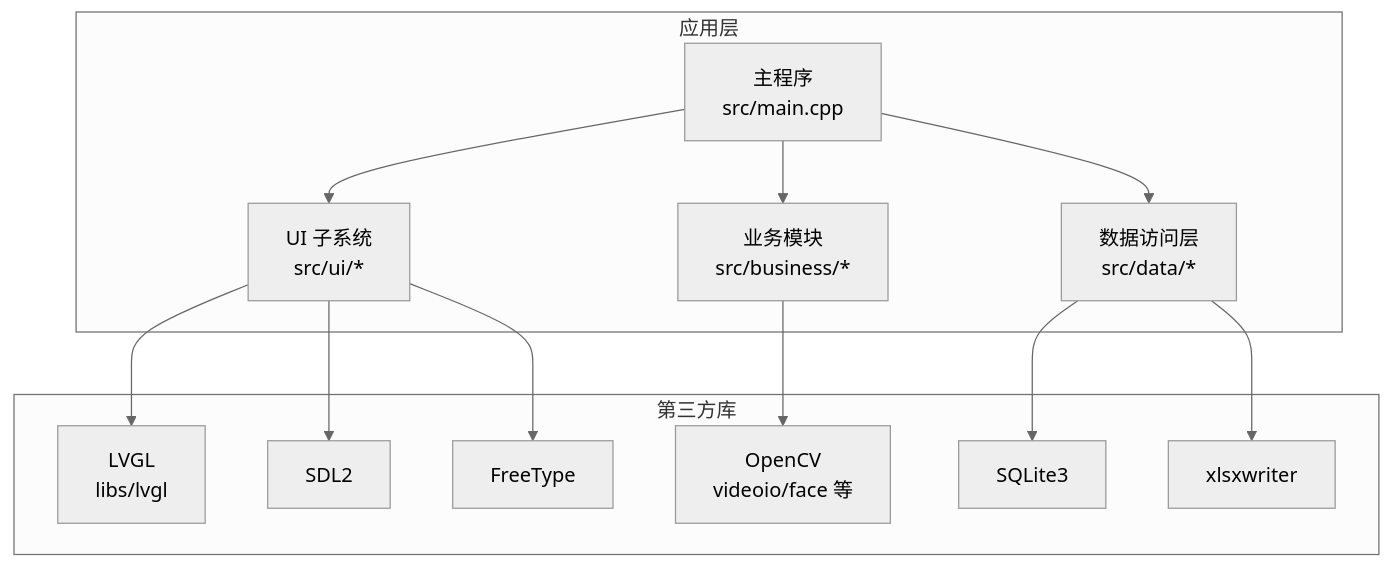
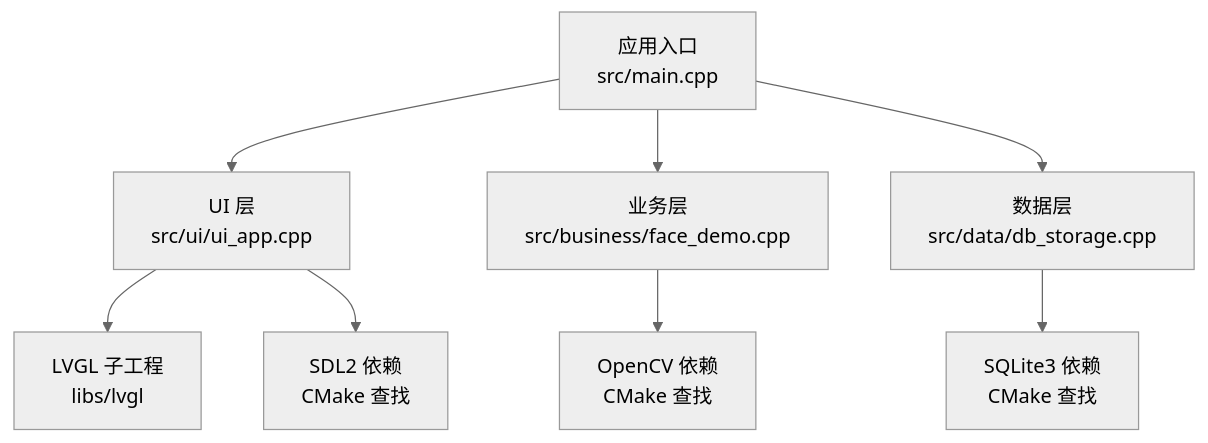
The first of 5 diagrams in .qoder/repowiki/zh/content/快速开始.md (Drunk552/SmartAttendance), drawn with Mermaid (neutral theme) before and after one commit. The commit also changed other lines of this file and 119 other files, not shown here.

````diff
--- a/.qoder/repowiki/zh/content/快速开始.md
+++ b/.qoder/repowiki/zh/content/快速开始.md
@@ -34,26 +41,10 @@
 ```mermaid
 graph TB
-subgraph "应用层"
-APP["主程序<br/>src/main.cpp"]
-UI["UI 子系统<br/>src/ui/*"]
-BUS["业务模块<br/>src/business/*"]
-DATA["数据访问层<br/>src/data/*"]
-end
-subgraph "第三方库"
-LVGL["LVGL<br/>libs/lvgl"]
-OPENCV["OpenCV<br/>videoio/face 等"]
-SQLITE["SQLite3"]
-XLSX["xlsxwriter"]
-FREETYPE["FreeType"]
-SDL2["SDL2"]
-end
-APP --> UI
-APP --> BUS
-APP --> DATA
-UI --> LVGL
-UI --> SDL2
-UI --> FREETYPE
-BUS --> OPENCV
-DATA --> SQLITE
-DATA --> XLSX
+A["应用入口<br/>src/main.cpp"] --> B["UI 层<br/>src/ui/ui_app.cpp"]
+A --> C["业务层<br/>src/business/face_demo.cpp"]
+A --> D["数据层<br/>src/data/db_storage.cpp"]
+B --> E["LVGL 子工程<br/>libs/lvgl"]
+C --> F["OpenCV 依赖<br/>CMake 查找"]
+D --> G["SQLite3 依赖<br/>CMake 查找"]
+B --> H["SDL2 依赖<br/>CMake 查找"]
 ```
````
